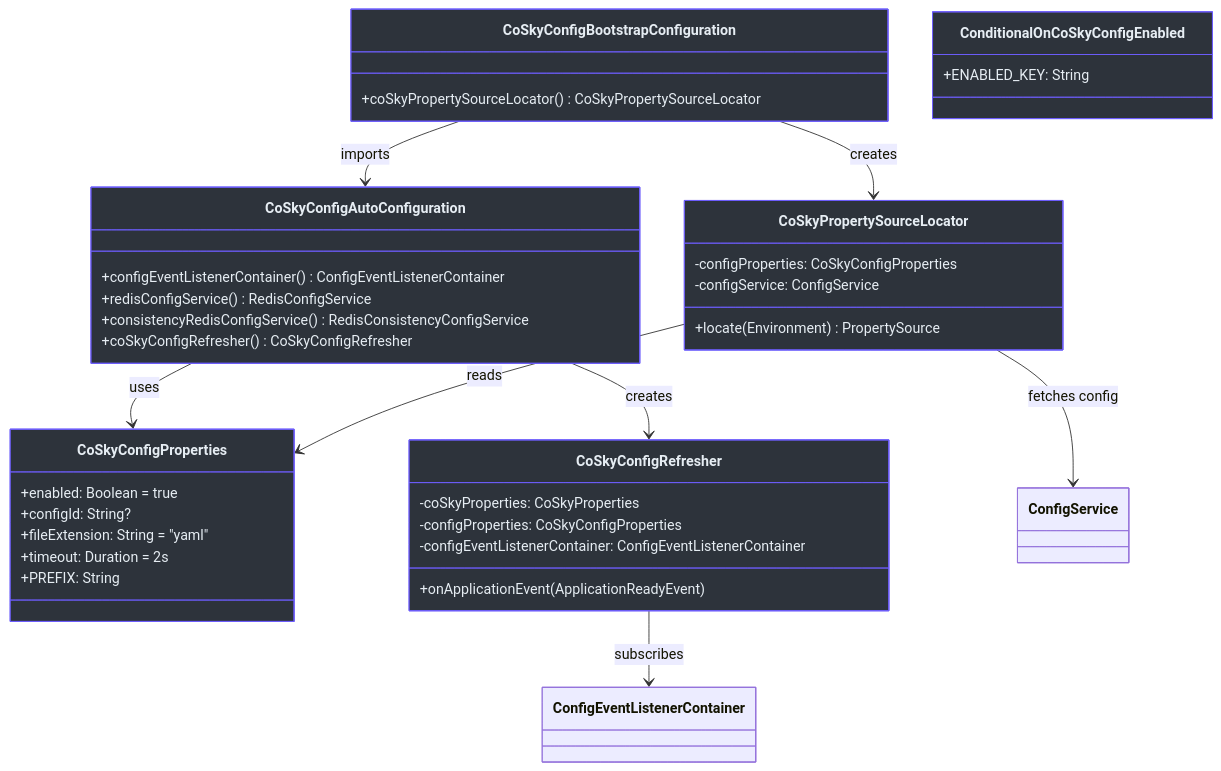
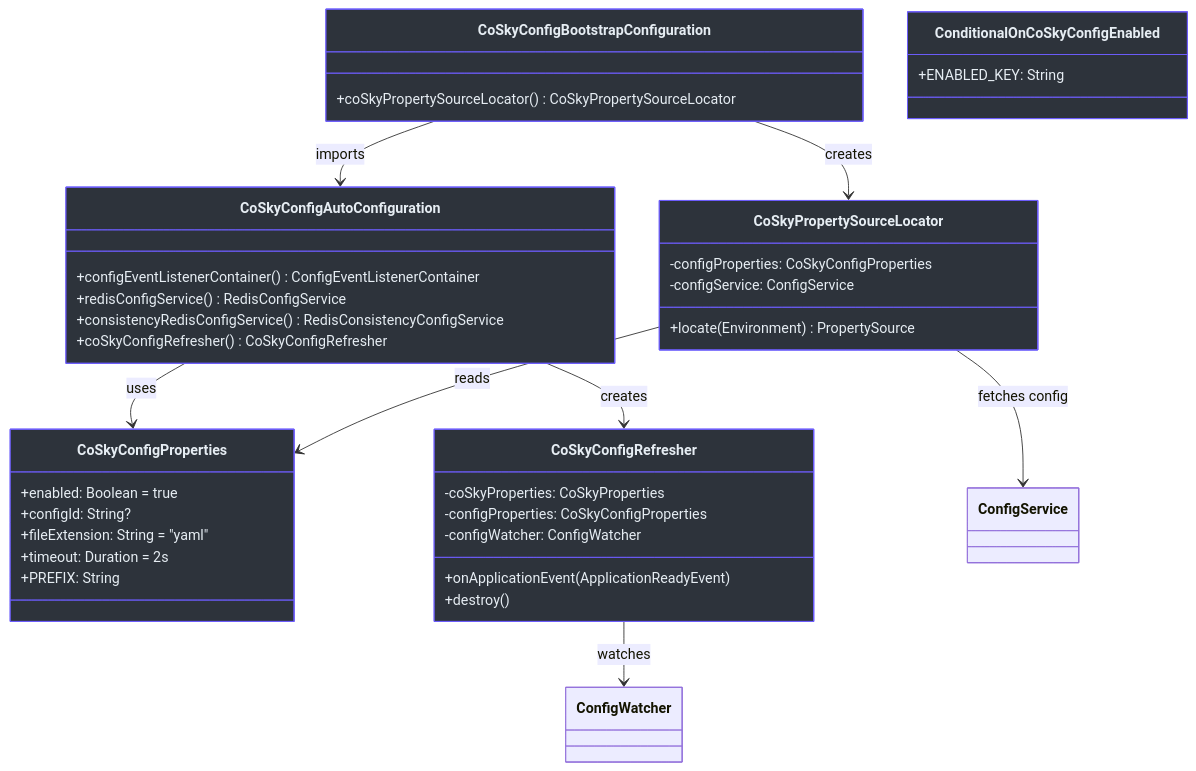
The fourth of 4 diagrams in wiki/guide/spring-cloud-config.md (Ahoo-Wang/CoSky), drawn with Mermaid before and after one commit. The commit also changed other lines of this file and 35 other files, not shown here.

````diff
--- a/wiki/guide/spring-cloud-config.md
+++ b/wiki/guide/spring-cloud-config.md
@@ -132,53 +134,54 @@
 ```mermaid
 classDiagram
     class CoSkyConfigProperties {
         +enabled: Boolean = true
         +configId: String?
         +fileExtension: String = "yaml"
         +timeout: Duration = 2s
         +PREFIX: String
     }
 
     class CoSkyConfigAutoConfiguration {
         +configEventListenerContainer() ConfigEventListenerContainer
         +redisConfigService() RedisConfigService
         +consistencyRedisConfigService() RedisConsistencyConfigService
         +coSkyConfigRefresher() CoSkyConfigRefresher
     }
 
     class CoSkyConfigBootstrapConfiguration {
         +coSkyPropertySourceLocator() CoSkyPropertySourceLocator
     }
 
     class CoSkyPropertySourceLocator {
         -configProperties: CoSkyConfigProperties
         -configService: ConfigService
         +locate(Environment) PropertySource
     }
 
     class CoSkyConfigRefresher {
         -coSkyProperties: CoSkyProperties
         -configProperties: CoSkyConfigProperties
-        -configEventListenerContainer: ConfigEventListenerContainer
+        -configWatcher: ConfigWatcher
         +onApplicationEvent(ApplicationReadyEvent)
+        +destroy()
     }
 
     class ConditionalOnCoSkyConfigEnabled {
         +ENABLED_KEY: String
     }
 
     CoSkyConfigAutoConfiguration --> CoSkyConfigProperties : uses
     CoSkyConfigBootstrapConfiguration --> CoSkyConfigAutoConfiguration : imports
     CoSkyConfigBootstrapConfiguration --> CoSkyPropertySourceLocator : creates
     CoSkyPropertySourceLocator --> CoSkyConfigProperties : reads
     CoSkyPropertySourceLocator --> ConfigService : fetches config
     CoSkyConfigAutoConfiguration --> CoSkyConfigRefresher : creates
-    CoSkyConfigRefresher --> ConfigEventListenerContainer : subscribes
+    CoSkyConfigRefresher --> ConfigWatcher : watches
 
     style CoSkyConfigProperties fill:#2d333b,stroke:#6d5dfc,color:#e6edf3
     style CoSkyConfigAutoConfiguration fill:#2d333b,stroke:#6d5dfc,color:#e6edf3
     style CoSkyConfigBootstrapConfiguration fill:#2d333b,stroke:#6d5dfc,color:#e6edf3
     style CoSkyPropertySourceLocator fill:#2d333b,stroke:#6d5dfc,color:#e6edf3
     style CoSkyConfigRefresher fill:#2d333b,stroke:#6d5dfc,color:#e6edf3
     style ConditionalOnCoSkyConfigEnabled fill:#2d333b,stroke:#6d5dfc,color:#e6edf3
 ```
````
